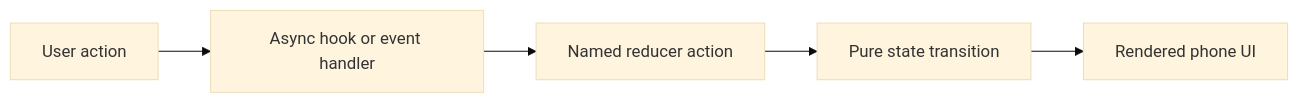
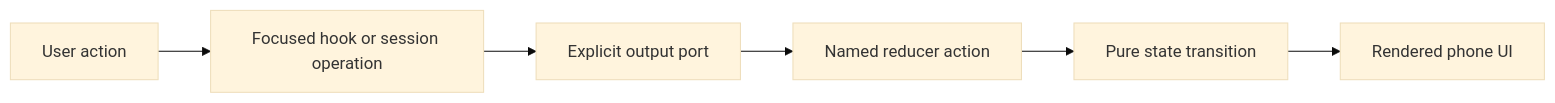
The sixth of 8 diagrams in docs/architecture-overview.md (czzzry/watchsignal), drawn with Mermaid (base theme) before and after one commit. The commit also changed other lines of this file and 10 other files, not shown here.

Commit message:
Extract pass-the-phone session orchestration

````diff
--- a/docs/architecture-overview.md
+++ b/docs/architecture-overview.md
@@ -100,7 +103,8 @@
 ```mermaid
 flowchart LR
-    A["User action"] --> B["Async hook or event handler"]
-    B --> C["Named reducer action"]
-    C --> D["Pure state transition"]
-    D --> E["Rendered phone UI"]
+    A["User action"] --> B["Focused hook or session operation"]
+    B --> C["Explicit output port"]
+    C --> D["Named reducer action"]
+    D --> E["Pure state transition"]
+    E --> F["Rendered phone UI"]
 ```
````
